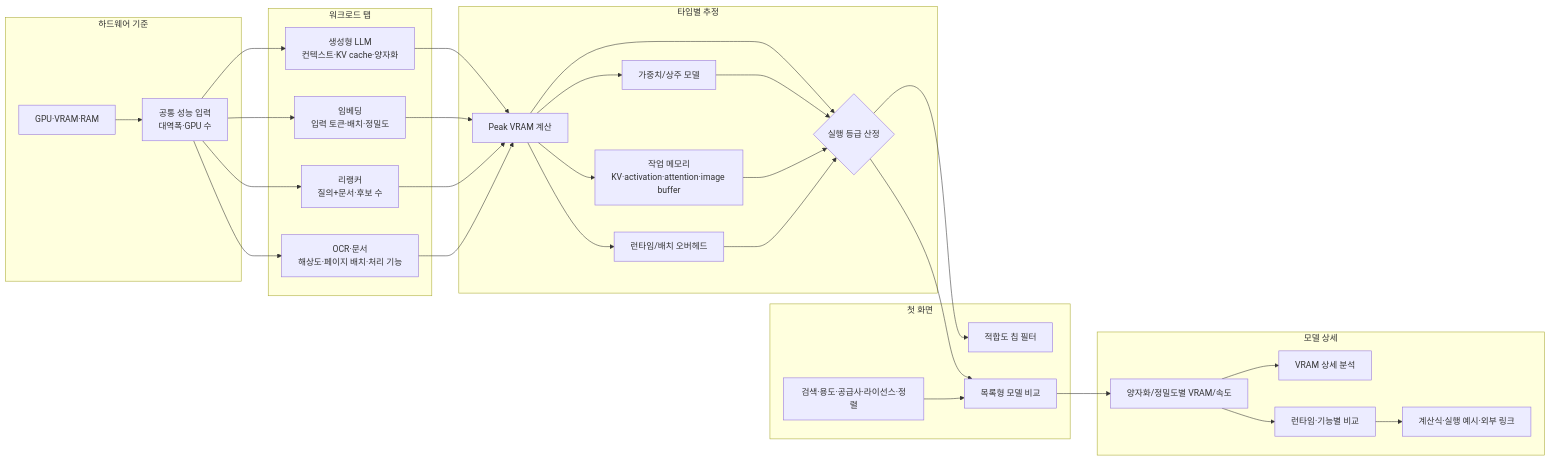
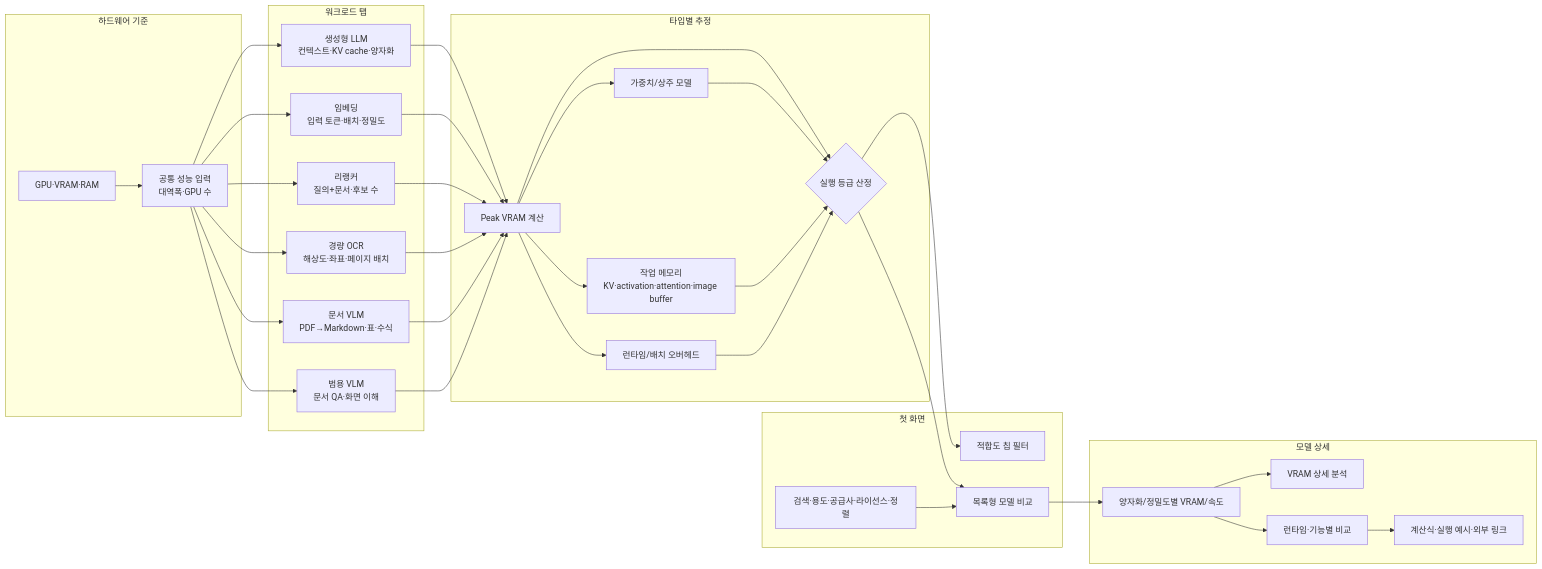
Before and after one commit to jaeseok614/llm-gpu-checker-ko: the second of 3 diagrams in README.md, drawn with Mermaid. The commit also changed other lines of this file and 8 other files, not shown here.

````diff
--- a/README.md
+++ b/README.md
@@ -90,59 +94,65 @@
 ```mermaid
 flowchart LR
   subgraph Hardware[하드웨어 기준]
     A[GPU·VRAM·RAM]
     B[공통 성능 입력<br/>대역폭·GPU 수]
   end
 
   subgraph Workload[워크로드 탭]
     W1[생성형 LLM<br/>컨텍스트·KV cache·양자화]
     W2[임베딩<br/>입력 토큰·배치·정밀도]
     W3[리랭커<br/>질의+문서·후보 수]
-    W4[OCR·문서<br/>해상도·페이지 배치·처리 기능]
+    W4[경량 OCR<br/>해상도·좌표·페이지 배치]
+    W5[문서 VLM<br/>PDF→Markdown·표·수식]
+    W6[범용 VLM<br/>문서 QA·화면 이해]
   end
 
   subgraph Estimate[타입별 추정]
     H[Peak VRAM 계산]
     I[가중치/상주 모델]
     J[작업 메모리<br/>KV·activation·attention·image buffer]
     K[런타임/배치 오버헤드]
     L{실행 등급 산정}
   end
 
   subgraph List[첫 화면]
     M[적합도 칩 필터]
     N[목록형 모델 비교]
     O[검색·용도·공급사·라이선스·정렬]
   end
 
   subgraph Detail[모델 상세]
     P[양자화/정밀도별 VRAM/속도]
     R[VRAM 상세 분석]
     S[런타임·기능별 비교]
     T[계산식·실행 예시·외부 링크]
   end
 
   A --> B
   B --> W1
   B --> W2
   B --> W3
   B --> W4
+  B --> W5
+  B --> W6
   W1 --> H
   W2 --> H
   W3 --> H
   W4 --> H
+  W5 --> H
+  W6 --> H
   H --> I
   H --> J
   H --> K
   H --> L
   I --> L
   J --> L
   K --> L
   L --> M
   L --> N
   O --> N
   N --> P
   P --> R
   P --> S
   S --> T
 ```
````
